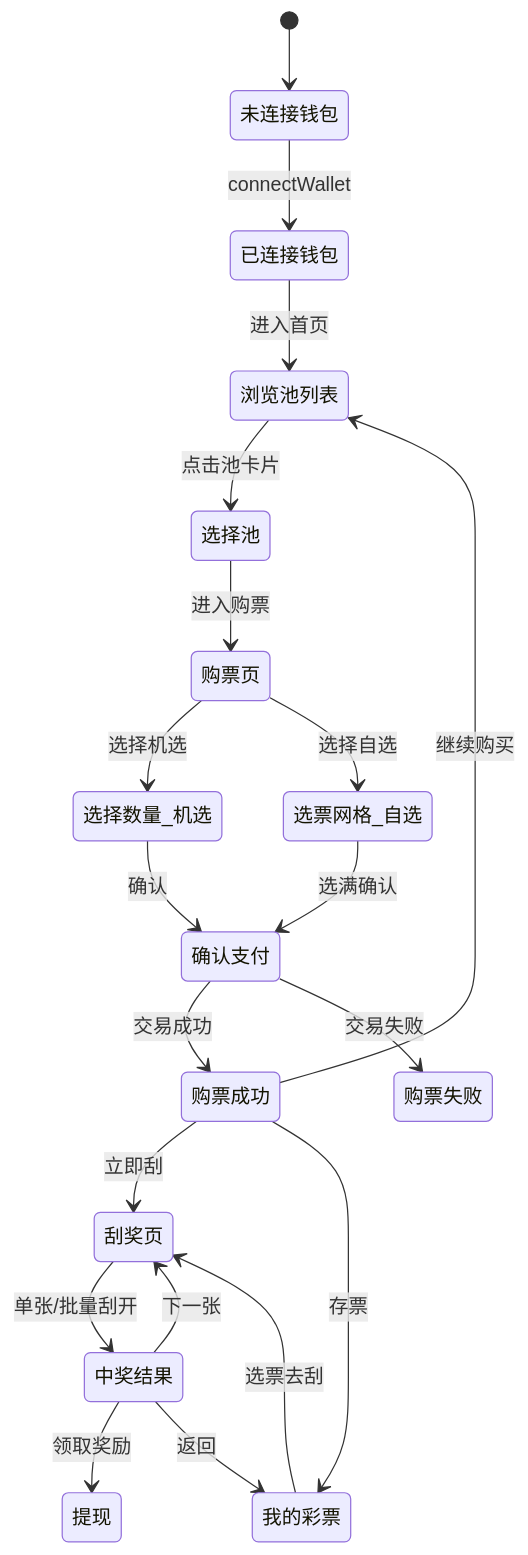
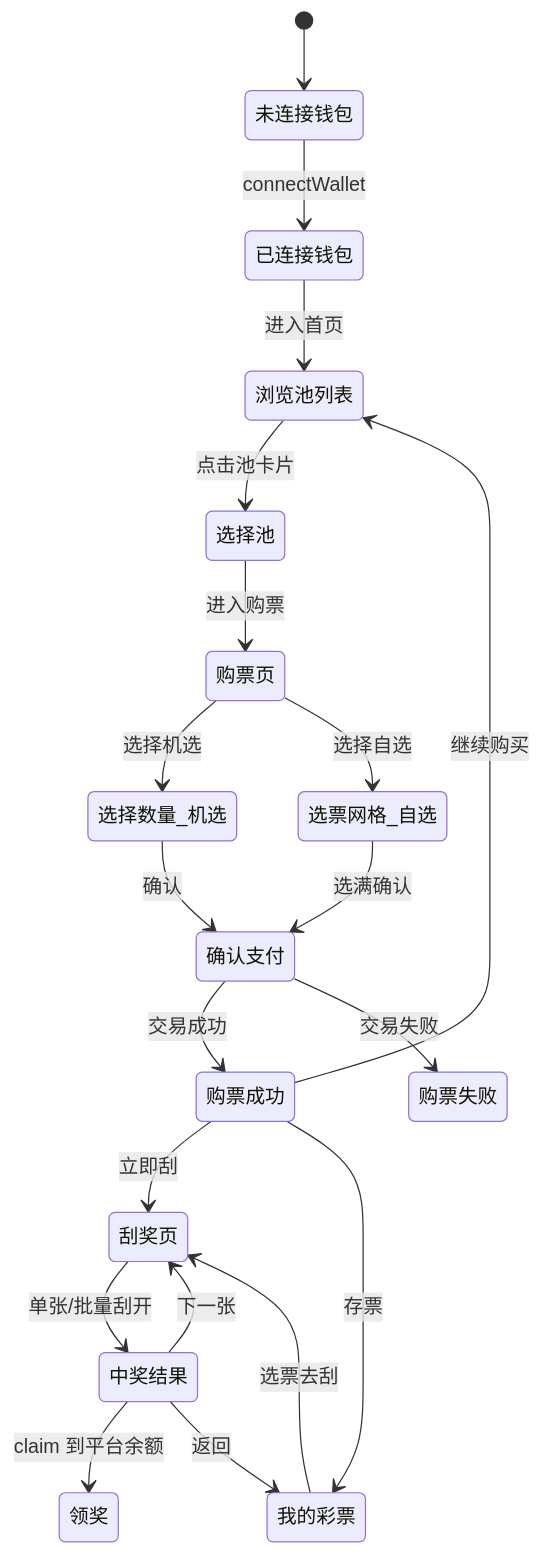
One commit to BreakOrbit/LuckyScratch changed the seventh of 7 diagrams in doc/detailed-design.md. Above: the diagram before and after it, drawn with Mermaid. The commit also changed other lines of this file and 1 other file, not shown here.

````diff
--- a/doc/detailed-design.md
+++ b/doc/detailed-design.md
@@ -2021,22 +2262,22 @@
 ```mermaid
 stateDiagram-v2
     [*] --> 未连接钱包
     未连接钱包 --> 已连接钱包: connectWallet
     已连接钱包 --> 浏览池列表: 进入首页
     浏览池列表 --> 选择池: 点击池卡片
     选择池 --> 购票页: 进入购票
     购票页 --> 选择数量_机选: 选择机选
     购票页 --> 选票网格_自选: 选择自选
     选择数量_机选 --> 确认支付: 确认
     选票网格_自选 --> 确认支付: 选满确认
     确认支付 --> 购票成功: 交易成功
     确认支付 --> 购票失败: 交易失败
     购票成功 --> 刮奖页: 立即刮
     购票成功 --> 我的彩票: 存票
     购票成功 --> 浏览池列表: 继续购买
     我的彩票 --> 刮奖页: 选票去刮
     刮奖页 --> 中奖结果: 单张/批量刮开
-    中奖结果 --> 提现: 领取奖励
+    中奖结果 --> 领奖: claim 到平台余额
     中奖结果 --> 刮奖页: 下一张
     中奖结果 --> 我的彩票: 返回
 ```
````
